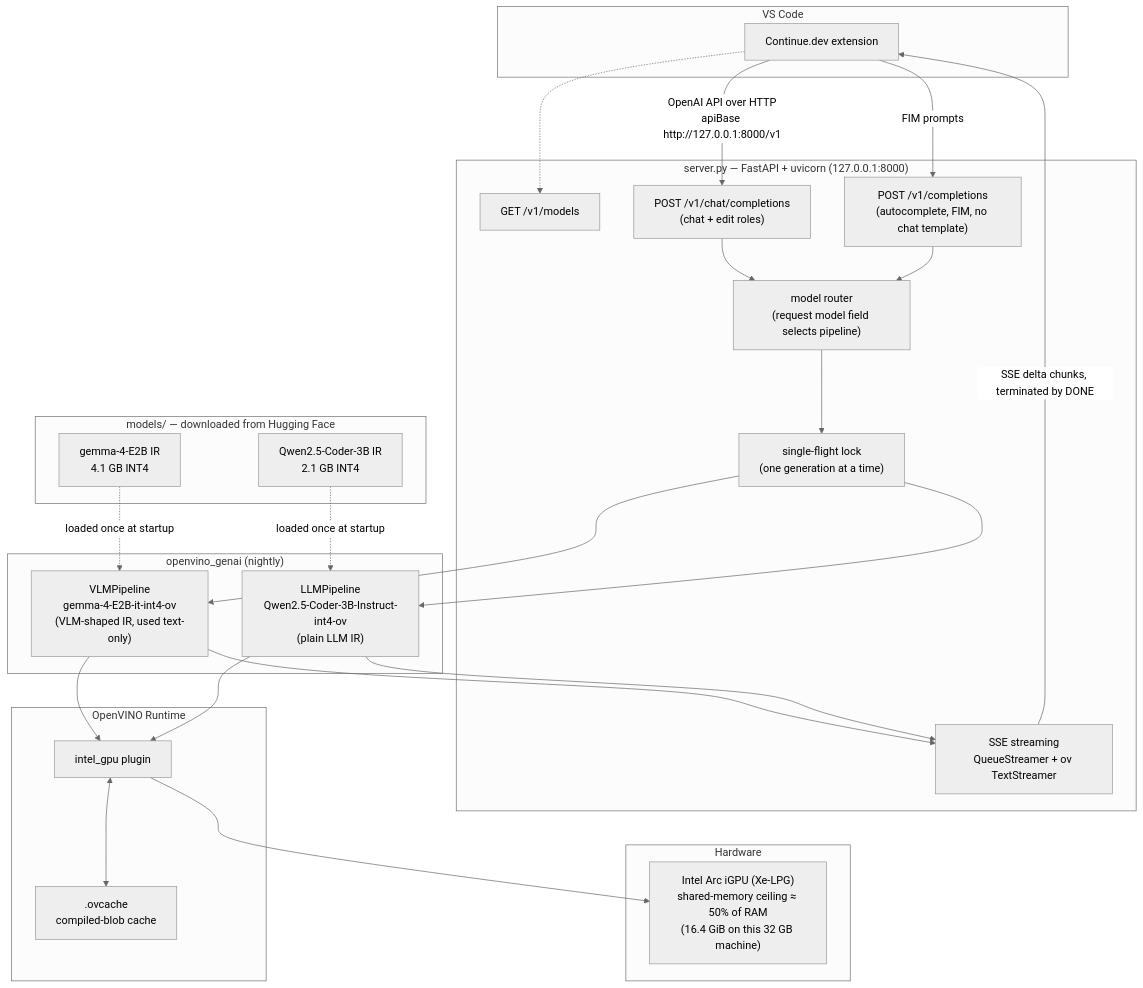
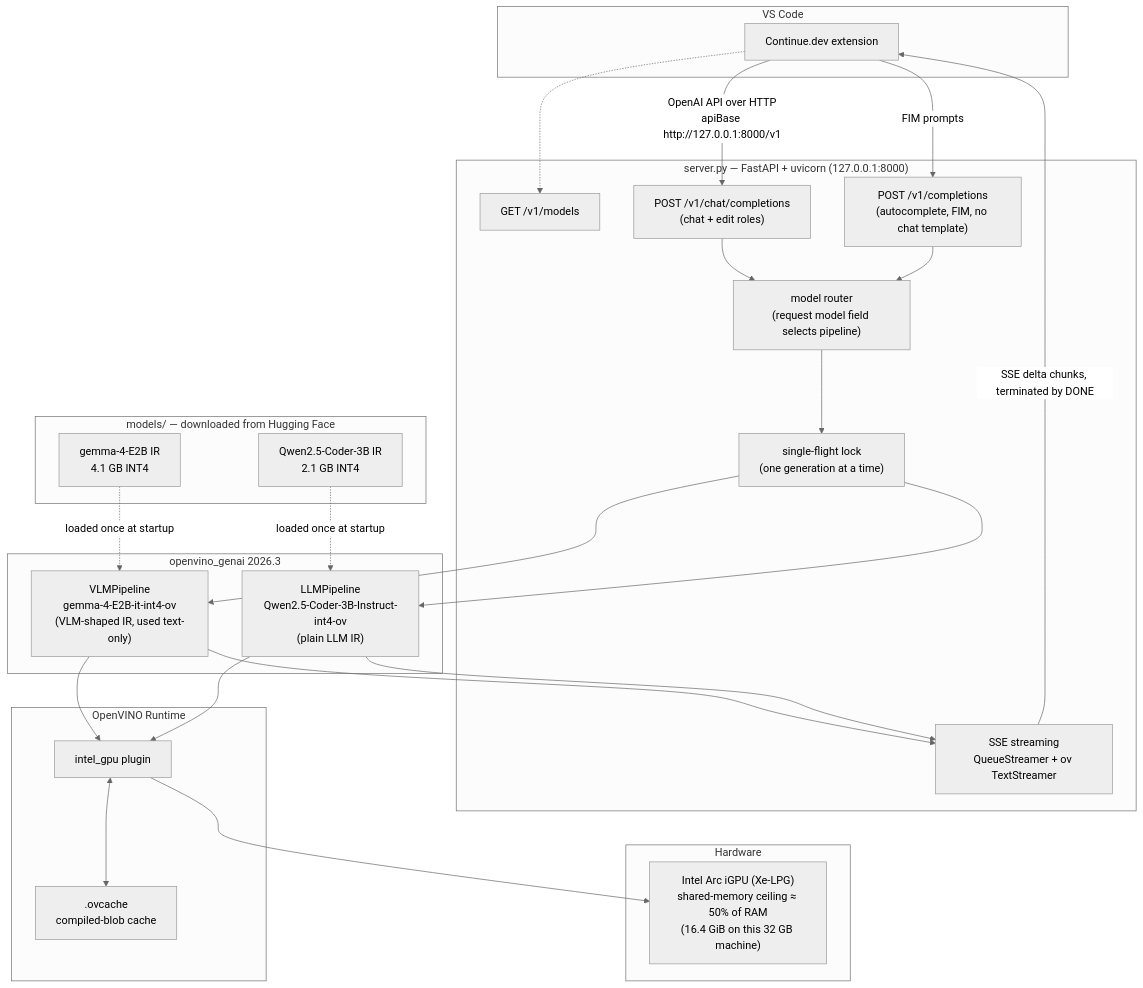
Before and after one commit to harmenwessels/core-ultra-llm-server: the diagram in ARCHITECTURE.md, drawn with Mermaid (neutral theme). The commit also changed other lines of this file and 2 other files, not shown here.

````diff
--- a/ARCHITECTURE.md
+++ b/ARCHITECTURE.md
@@ -13,52 +13,52 @@
 ```mermaid
 flowchart TB
     subgraph vscode["VS Code"]
         cont["Continue.dev extension"]
     end
 
     subgraph srv["server.py — FastAPI + uvicorn (127.0.0.1:8000)"]
         models_ep["GET /v1/models"]
         chat_ep["POST /v1/chat/completions<br/>(chat + edit roles)"]
         compl_ep["POST /v1/completions<br/>(autocomplete, FIM, no chat template)"]
         router["model router<br/>(request model field selects pipeline)"]
         lock["single-flight lock<br/>(one generation at a time)"]
         sse["SSE streaming<br/>QueueStreamer + ov TextStreamer"]
     end
 
-    subgraph genai["openvino_genai (nightly)"]
+    subgraph genai["openvino_genai 2026.3"]
         vlm["VLMPipeline<br/>gemma-4-E2B-it-int4-ov<br/>(VLM-shaped IR, used text-only)"]
         llm["LLMPipeline<br/>Qwen2.5-Coder-3B-Instruct-int4-ov<br/>(plain LLM IR)"]
     end
 
     subgraph ov["OpenVINO Runtime"]
         gpuplugin["intel_gpu plugin"]
         cache[".ovcache<br/>compiled-blob cache"]
     end
 
     subgraph hw["Hardware"]
         igpu["Intel Arc iGPU (Xe-LPG)<br/>shared-memory ceiling ≈ 50% of RAM<br/>(16.4 GiB on this 32 GB machine)"]
     end
 
     subgraph disk["models/ — downloaded from Hugging Face"]
         ir1["gemma-4-E2B IR<br/>4.1 GB INT4"]
         ir2["Qwen2.5-Coder-3B IR<br/>2.1 GB INT4"]
     end
 
     cont -- "OpenAI API over HTTP<br/>apiBase http://127.0.0.1:8000/v1" --> chat_ep
     cont -- "FIM prompts" --> compl_ep
     cont -.-> models_ep
     chat_ep --> router
     compl_ep --> router
     router --> lock
     lock --> vlm
     lock --> llm
     vlm --> sse
     llm --> sse
     sse -- "SSE delta chunks, terminated by DONE" --> cont
     vlm --> gpuplugin
     llm --> gpuplugin
     gpuplugin <--> cache
     gpuplugin --> igpu
     ir1 -. "loaded once at startup" .-> vlm
     ir2 -. "loaded once at startup" .-> llm
 ```
````
